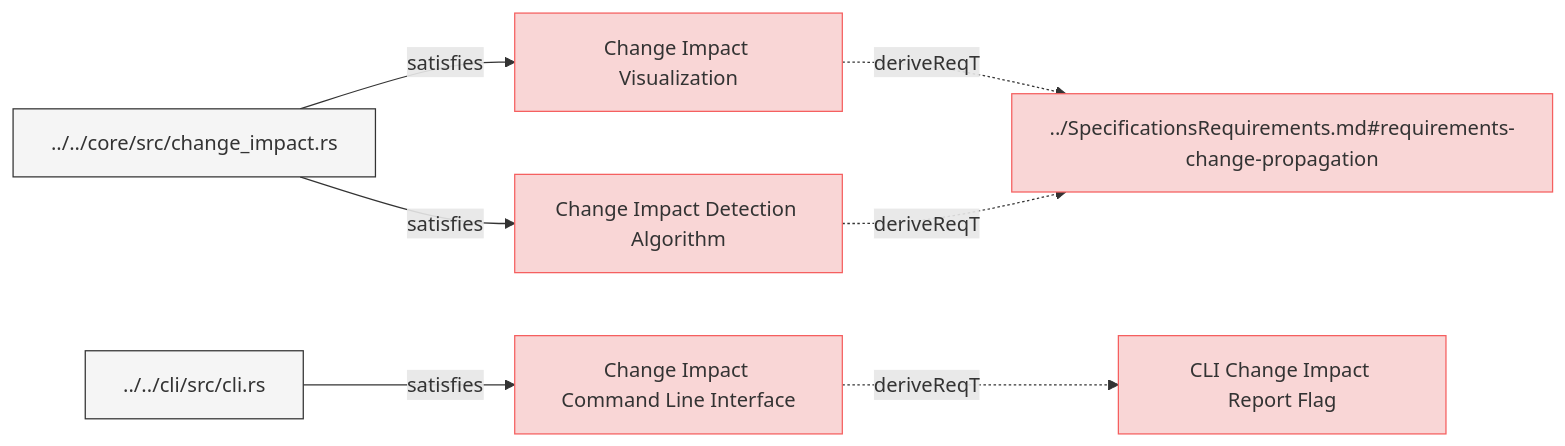
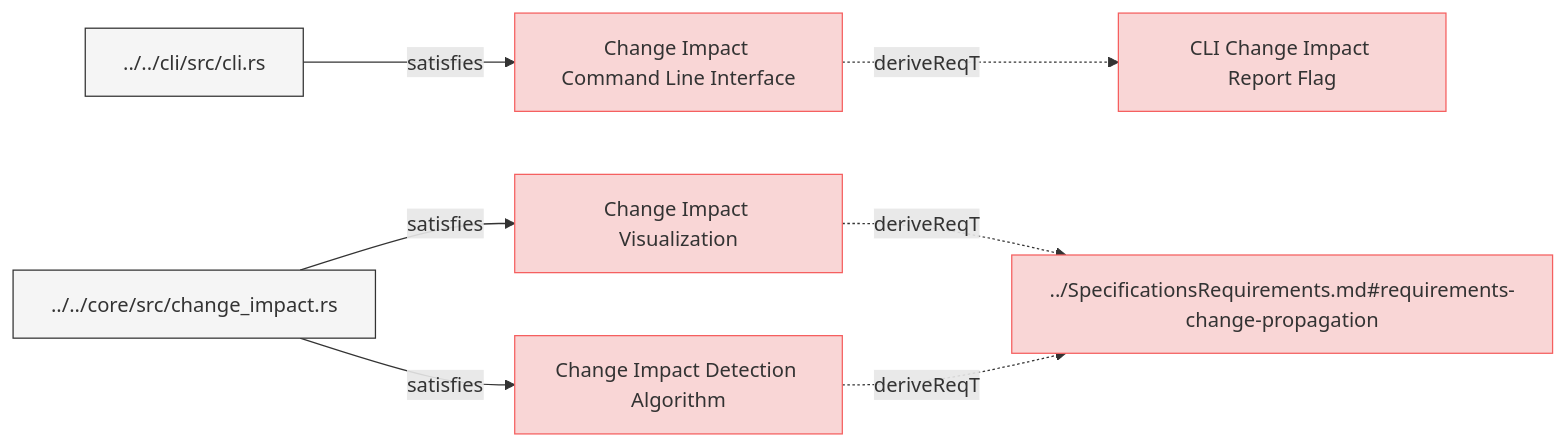
The diagram in specifications/SystemRequirements/ChangeImpactPropagation.md (reqvire-org/reqvire), drawn with Mermaid before and after one commit. The commit also changed 22 other files, not shown here.

````diff
--- a/specifications/SystemRequirements/ChangeImpactPropagation.md
+++ b/specifications/SystemRequirements/ChangeImpactPropagation.md
@@ -6,36 +6,36 @@
 ```mermaid
 graph LR;
   %% Graph styling
   classDef requirement fill:#f9d6d6,stroke:#f55f5f,stroke-width:1px;
   classDef verification fill:#d6f9d6,stroke:#5fd75f,stroke-width:1px;
   classDef externalLink fill:#d0e0ff,stroke:#3080ff,stroke-width:1px;
   classDef default fill:#f5f5f5,stroke:#333333,stroke-width:1px;
 
+  df07168dd5bc52f5["Change Impact Command Line Interface"];
+  click df07168dd5bc52f5 "https://github.com/Reqvire/reqvire/blob/ad88ba6b828e94c93382866fefd058c011c1ac60/specifications/SystemRequirements/ChangeImpactPropagation.md#change-impact-command-line-interface";
+  class df07168dd5bc52f5 requirement;
+  c020978403254f09["CLI Change Impact Report Flag"];
+  class c020978403254f09 requirement;
+  click c020978403254f09 "https://github.com/Reqvire/reqvire/blob/ad88ba6b828e94c93382866fefd058c011c1ac60/specifications/SystemRequirements/Requirements.md#cli-change-impact-report-flag";
+  df07168dd5bc52f5 -.->|deriveReqT| c020978403254f09;
+  2f21d2133dbfd205["../../cli/src/cli.rs"];
+  class 2f21d2133dbfd205 default;
+  click 2f21d2133dbfd205 "https://github.com/Reqvire/reqvire/blob/ad88ba6b828e94c93382866fefd058c011c1ac60/cli/src/cli.rs";
+  2f21d2133dbfd205 -->|satisfies| df07168dd5bc52f5;
   b5f53f632fafec7e["Change Impact Visualization"];
-  click b5f53f632fafec7e "https://github.com/Reqvire/reqvire/blob/667635d4628fed400323f7df3689af2dbc2ad666/specifications/SystemRequirements/ChangeImpactPropagation.md#change-impact-visualization";
+  click b5f53f632fafec7e "https://github.com/Reqvire/reqvire/blob/ad88ba6b828e94c93382866fefd058c011c1ac60/specifications/SystemRequirements/ChangeImpactPropagation.md#change-impact-visualization";
   class b5f53f632fafec7e requirement;
   d914e938be7e0abf["../SpecificationsRequirements.md#requirements-change-propagation"];
   class d914e938be7e0abf requirement;
-  click d914e938be7e0abf "https://github.com/Reqvire/reqvire/blob/667635d4628fed400323f7df3689af2dbc2ad666/specifications/SpecificationsRequirements.md#requirements-change-propagation";
+  click d914e938be7e0abf "https://github.com/Reqvire/reqvire/blob/ad88ba6b828e94c93382866fefd058c011c1ac60/specifications/SpecificationsRequirements.md#requirements-change-propagation";
   b5f53f632fafec7e -.->|deriveReqT| d914e938be7e0abf;
   76acbdfdc0fba01e["../../core/src/change_impact.rs"];
   class 76acbdfdc0fba01e default;
-  click 76acbdfdc0fba01e "https://github.com/Reqvire/reqvire/blob/667635d4628fed400323f7df3689af2dbc2ad666/core/src/change_impact.rs";
+  click 76acbdfdc0fba01e "https://github.com/Reqvire/reqvire/blob/ad88ba6b828e94c93382866fefd058c011c1ac60/core/src/change_impact.rs";
   76acbdfdc0fba01e -->|satisfies| b5f53f632fafec7e;
-  df07168dd5bc52f5["Change Impact Command Line Interface"];
-  click df07168dd5bc52f5 "https://github.com/Reqvire/reqvire/blob/667635d4628fed400323f7df3689af2dbc2ad666/specifications/SystemRequirements/ChangeImpactPropagation.md#change-impact-command-line-interface";
-  class df07168dd5bc52f5 requirement;
-  c020978403254f09["CLI Change Impact Report Flag"];
-  class c020978403254f09 requirement;
-  click c020978403254f09 "https://github.com/Reqvire/reqvire/blob/667635d4628fed400323f7df3689af2dbc2ad666/specifications/SystemRequirements/Requirements.md#cli-change-impact-report-flag";
-  df07168dd5bc52f5 -.->|deriveReqT| c020978403254f09;
-  2f21d2133dbfd205["../../cli/src/cli.rs"];
-  class 2f21d2133dbfd205 default;
-  click 2f21d2133dbfd205 "https://github.com/Reqvire/reqvire/blob/667635d4628fed400323f7df3689af2dbc2ad666/cli/src/cli.rs";
-  2f21d2133dbfd205 -->|satisfies| df07168dd5bc52f5;
   d46f18156c13fc62["Change Impact Detection Algorithm"];
-  click d46f18156c13fc62 "https://github.com/Reqvire/reqvire/blob/667635d4628fed400323f7df3689af2dbc2ad666/specifications/SystemRequirements/ChangeImpactPropagation.md#change-impact-detection-algorithm";
+  click d46f18156c13fc62 "https://github.com/Reqvire/reqvire/blob/ad88ba6b828e94c93382866fefd058c011c1ac60/specifications/SystemRequirements/ChangeImpactPropagation.md#change-impact-detection-algorithm";
   class d46f18156c13fc62 requirement;
   d46f18156c13fc62 -.->|deriveReqT| d914e938be7e0abf;
   76acbdfdc0fba01e -->|satisfies| d46f18156c13fc62;
 ```
````
